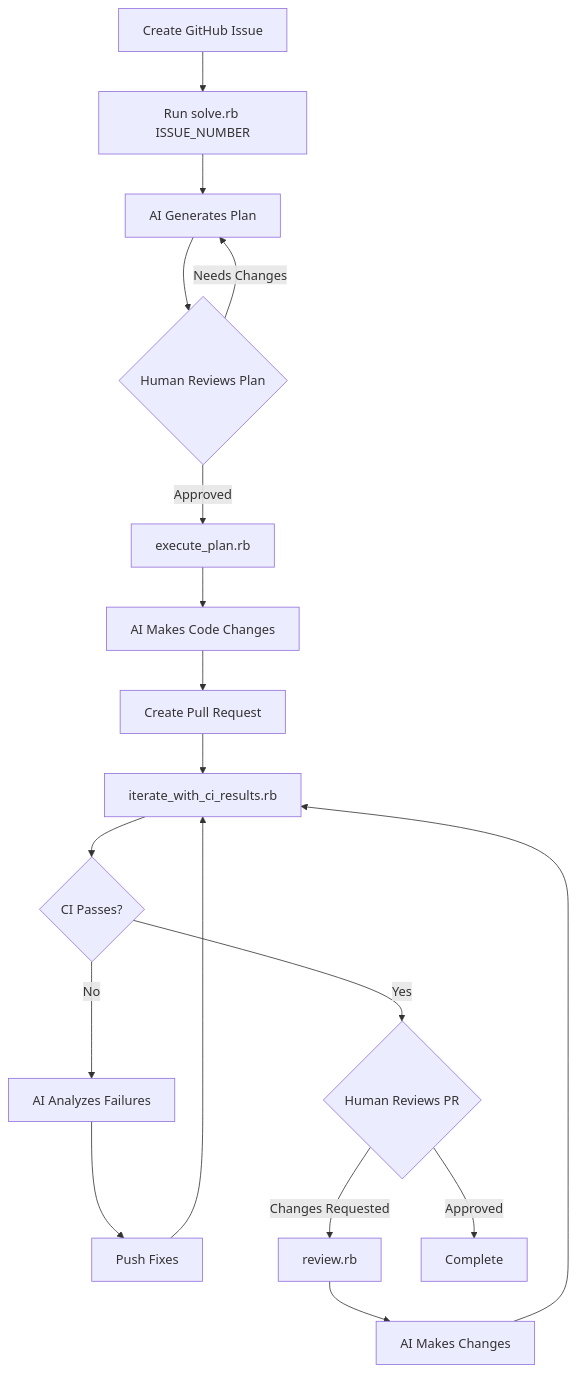
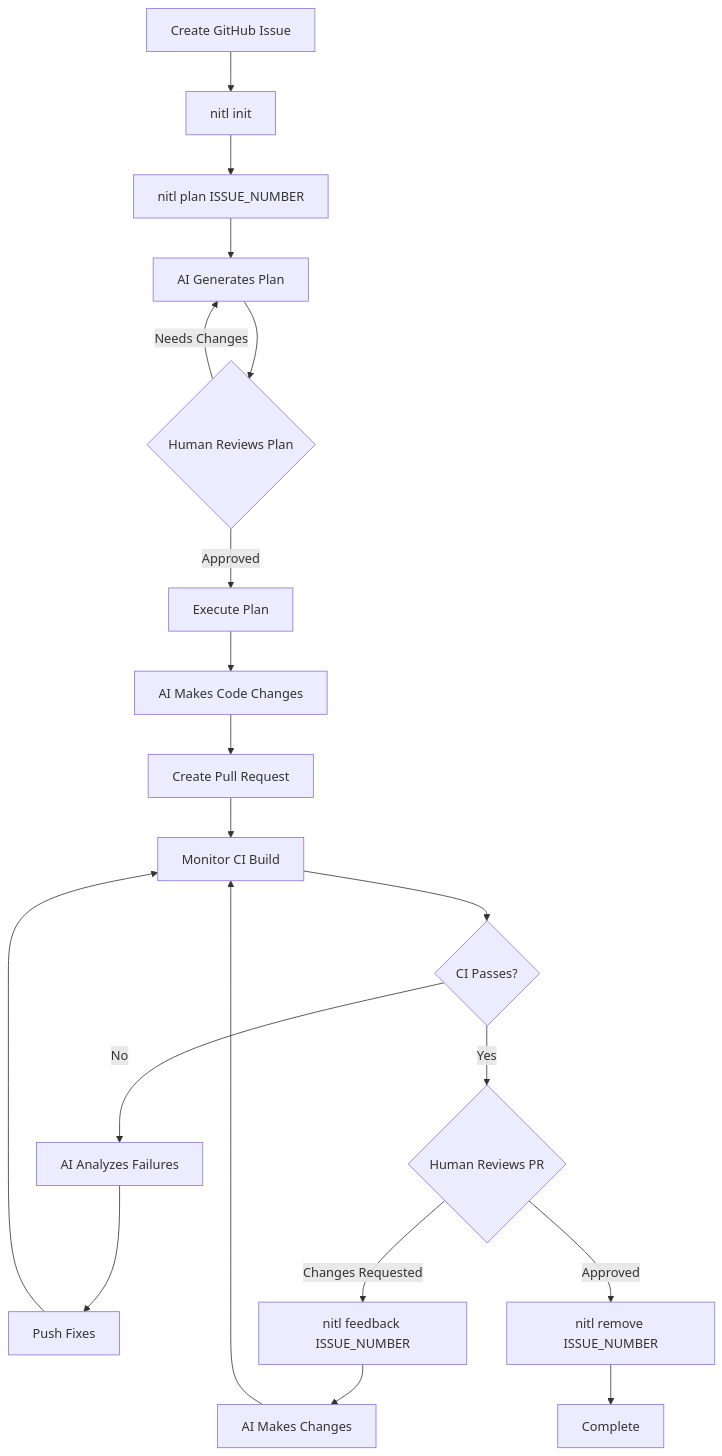
The diagram in README.md (niborg/wralph), drawn with Mermaid before and after one commit. The commit also changed other lines of this file and 32 other files, not shown here.

````diff
--- a/README.md
+++ b/README.md
@@ -11,20 +11,22 @@
 ```mermaid
 flowchart TD
-    Start[Create GitHub Issue] --> Solve[Run solve.rb ISSUE_NUMBER]
-    Solve --> Plan[AI Generates Plan]
-    Plan --> Review{Human Reviews Plan}
-    Review -->|Needs Changes| Plan
-    Review -->|Approved| Execute[execute_plan.rb]
+    Start[Create GitHub Issue] --> Init[nitl init]
+    Init --> Plan[nitl plan ISSUE_NUMBER]
+    Plan --> PlanGen[AI Generates Plan]
+    PlanGen --> Review{Human Reviews Plan}
+    Review -->|Needs Changes| PlanGen
+    Review -->|Approved| Execute[Execute Plan]
     Execute --> Code[AI Makes Code Changes]
     Code --> PR[Create Pull Request]
-    PR --> CI[iterate_with_ci_results.rb]
+    PR --> CI[Monitor CI Build]
     CI --> CheckCI{CI Passes?}
     CheckCI -->|No| Fix[AI Analyzes Failures]
     Fix --> Push[Push Fixes]
     Push --> CI
     CheckCI -->|Yes| HumanReview{Human Reviews PR}
-    HumanReview -->|Changes Requested| ReviewScript[review.rb]
-    ReviewScript --> Changes[AI Makes Changes]
+    HumanReview -->|Changes Requested| Feedback[nitl feedback ISSUE_NUMBER]
+    Feedback --> Changes[AI Makes Changes]
     Changes --> CI
-    HumanReview -->|Approved| Done[Complete]
+    HumanReview -->|Approved| Cleanup[nitl remove ISSUE_NUMBER]
+    Cleanup --> Done[Complete]
 ```
````
